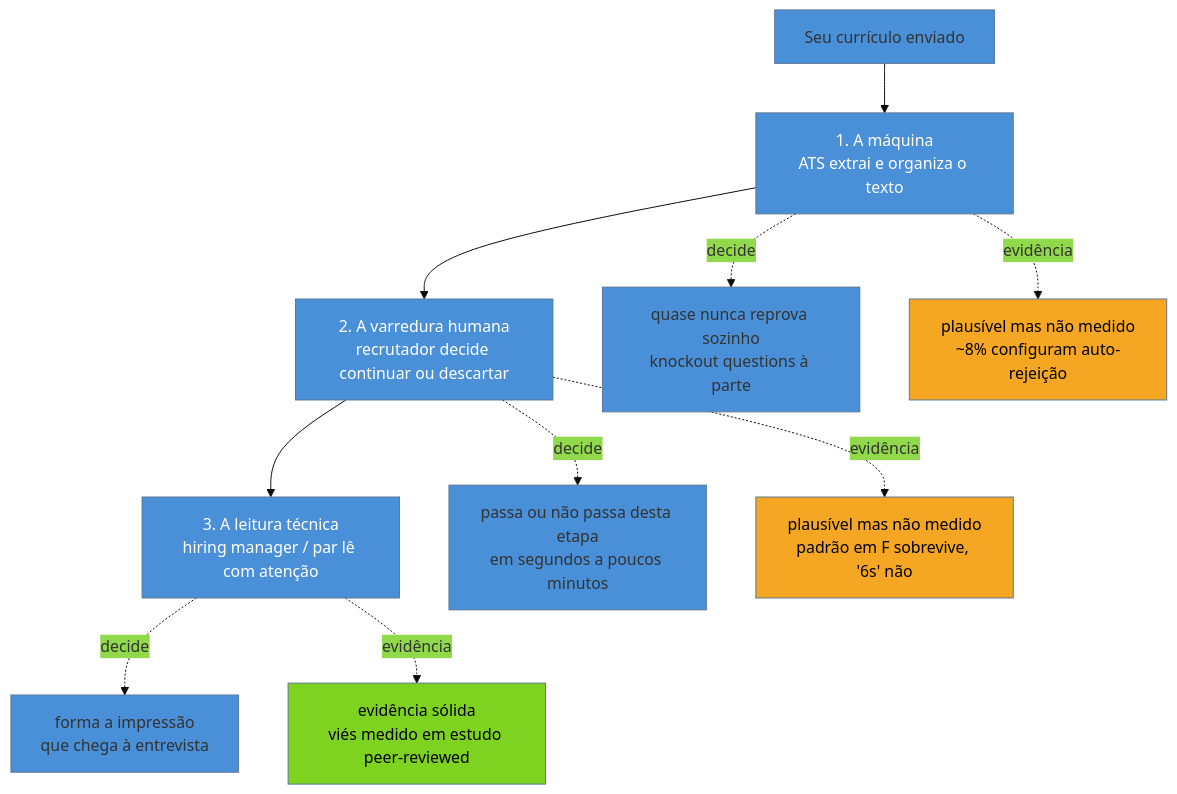
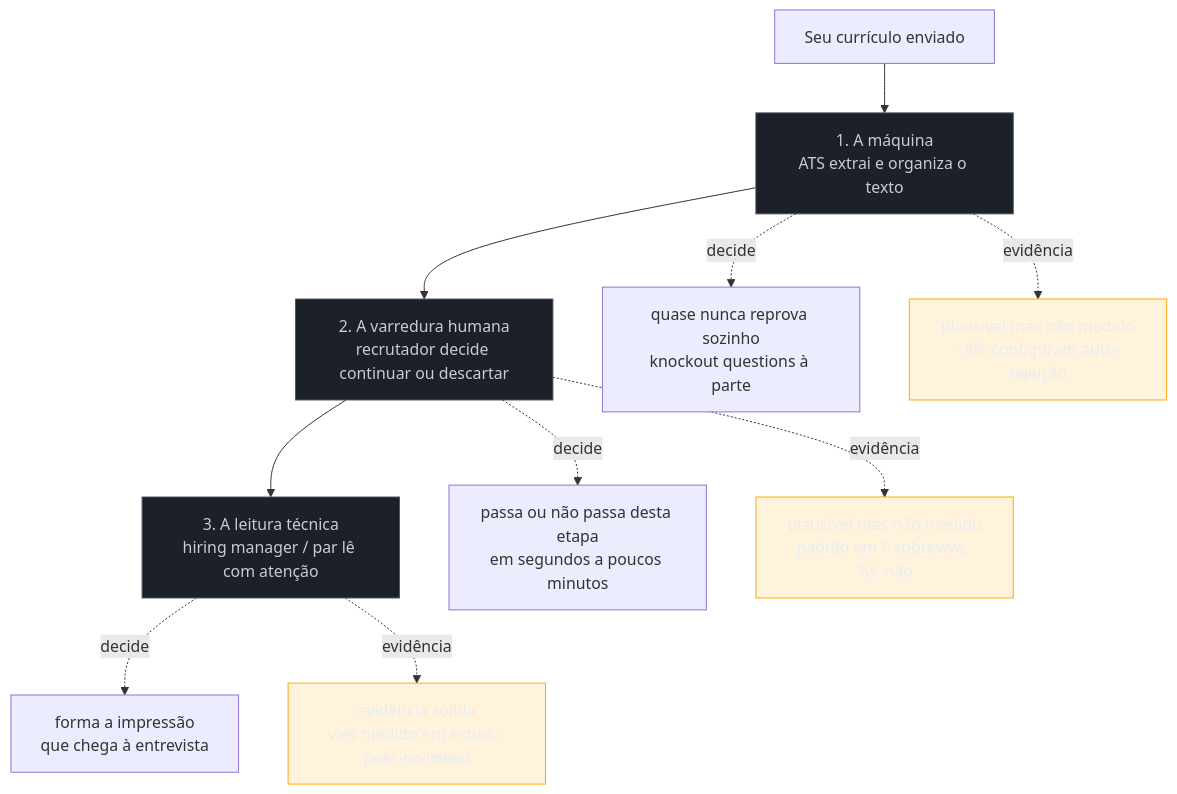
The diagram in 03-Dominios/Carreira/Currículo/04 - Quem lê o seu currículo — e o que a evidência diz.md (josenaldo/codex-technomanticus), drawn with Mermaid before and after one commit. The commit also changed 1181 other files, not shown here.

First line of the commit message:
fix(diagramas): paleta do sistema no lugar de cor cravada no markdown

````diff
--- a/03-Dominios/Carreira/Currículo/04 - Quem lê o seu currículo — e o que a evidência diz.md
+++ b/03-Dominios/Carreira/Currículo/04 - Quem lê o seu currículo — e o que a evidência diz.md
@@ -229,22 +229,23 @@
 ```mermaid
-%%{init: {"theme": "base", "themeVariables": {"primaryColor": "#4A90D9"}}}%%
 graph TD
+    classDef neutro fill:#1B2029,stroke:#4E5666,color:#C6CCD8
+    classDef destaque fill:#FFAA0024,stroke:#FFAA00,color:#E9ECF2
     CV["Seu currículo enviado"] --> ATS["1. A máquina<br/>ATS extrai e organiza o texto"]
     ATS --> SCAN["2. A varredura humana<br/>recrutador decide continuar ou descartar"]
     SCAN --> READ["3. A leitura técnica<br/>hiring manager / par lê com atenção"]
 
     ATS -.decide.-> D1["quase nunca reprova sozinho<br/>knockout questions à parte"]
     SCAN -.decide.-> D2["passa ou não passa desta etapa<br/>em segundos a poucos minutos"]
     READ -.decide.-> D3["forma a impressão<br/>que chega à entrevista"]
 
     ATS -.evidência.-> E1["plausível mas não medido<br/>~8% configuram auto-rejeição"]
     SCAN -.evidência.-> E2["plausível mas não medido<br/>padrão em F sobrevive, '6s' não"]
     READ -.evidência.-> E3["evidência sólida<br/>viés medido em estudo peer-reviewed"]
 
-    style ATS fill:#4A90D9,color:#fff
-    style SCAN fill:#4A90D9,color:#fff
-    style READ fill:#4A90D9,color:#fff
-    style E1 fill:#F5A623,color:#000
-    style E2 fill:#F5A623,color:#000
-    style E3 fill:#7ED321,color:#000
+    class ATS neutro
+    class SCAN neutro
+    class READ neutro
+    class E1 destaque
+    class E2 destaque
+    class E3 destaque
 ```
````
